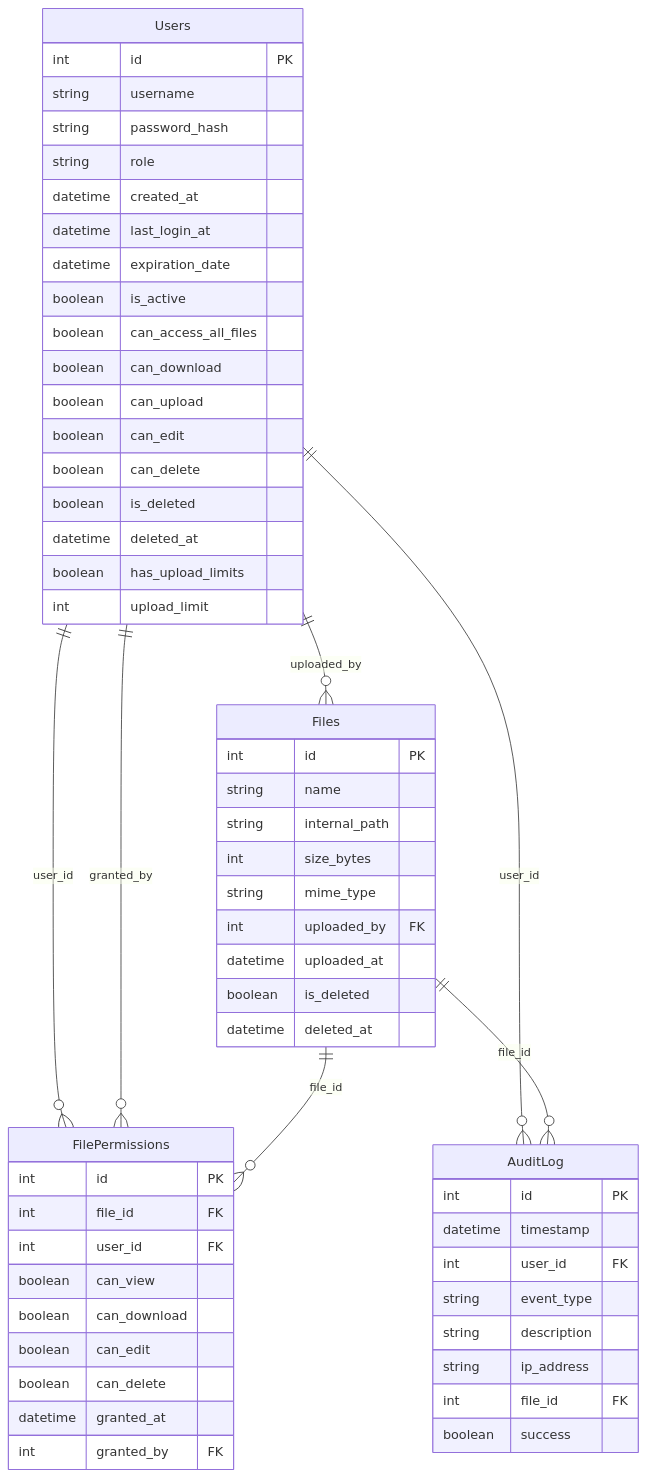
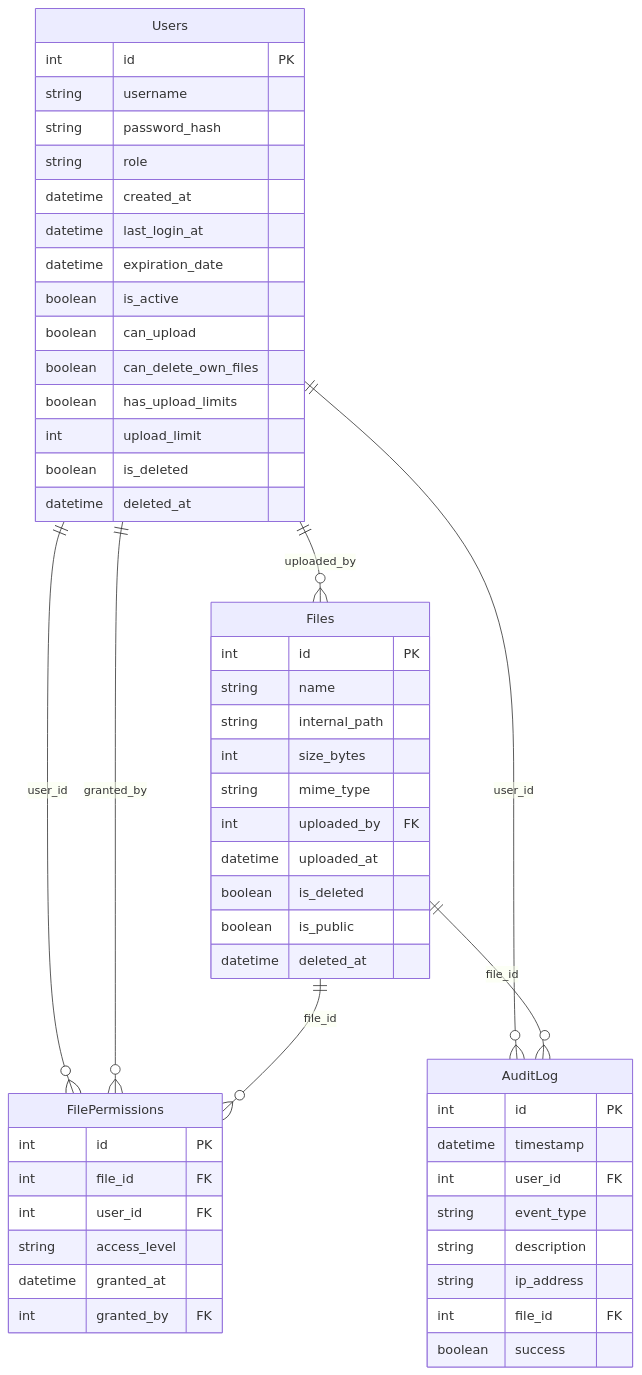
Before and after one commit to ImMau14/Folderlan: the diagram in backend/db/diagram.mmd, drawn with Mermaid.

Commit message:
Fix: Update mermaid diagram

```diff
--- a/backend/db/diagram.mmd
+++ b/backend/db/diagram.mmd
@@ -1,62 +1,57 @@
 erDiagram
     Users {
         int id PK
         string username
         string password_hash
         string role
         datetime created_at
         datetime last_login_at
         datetime expiration_date
         boolean is_active
-        boolean can_access_all_files
-        boolean can_download
         boolean can_upload
-        boolean can_edit
-        boolean can_delete
+        boolean can_delete_own_files
+        boolean has_upload_limits
+        int upload_limit
         boolean is_deleted
         datetime deleted_at
-        boolean has_upload_limits
-        int upload_limit
     }
 
     Files {
         int id PK
         string name
         string internal_path
         int size_bytes
         string mime_type
         int uploaded_by FK
         datetime uploaded_at
         boolean is_deleted
+        boolean is_public
         datetime deleted_at
     }
 
     FilePermissions {
         int id PK
         int file_id FK
         int user_id FK
-        boolean can_view
-        boolean can_download
-        boolean can_edit
-        boolean can_delete
+        string access_level
         datetime granted_at
         int granted_by FK
     }
 
     AuditLog {
         int id PK
         datetime timestamp
         int user_id FK
         string event_type
         string description
         string ip_address
         int file_id FK
         boolean success
     }
-
+    
     Users ||--o{ Files : uploaded_by
     Users ||--o{ FilePermissions : user_id
     Users ||--o{ FilePermissions : granted_by
     Users ||--o{ AuditLog : user_id
     Files ||--o{ FilePermissions : file_id
     Files ||--o{ AuditLog : file_id
```
